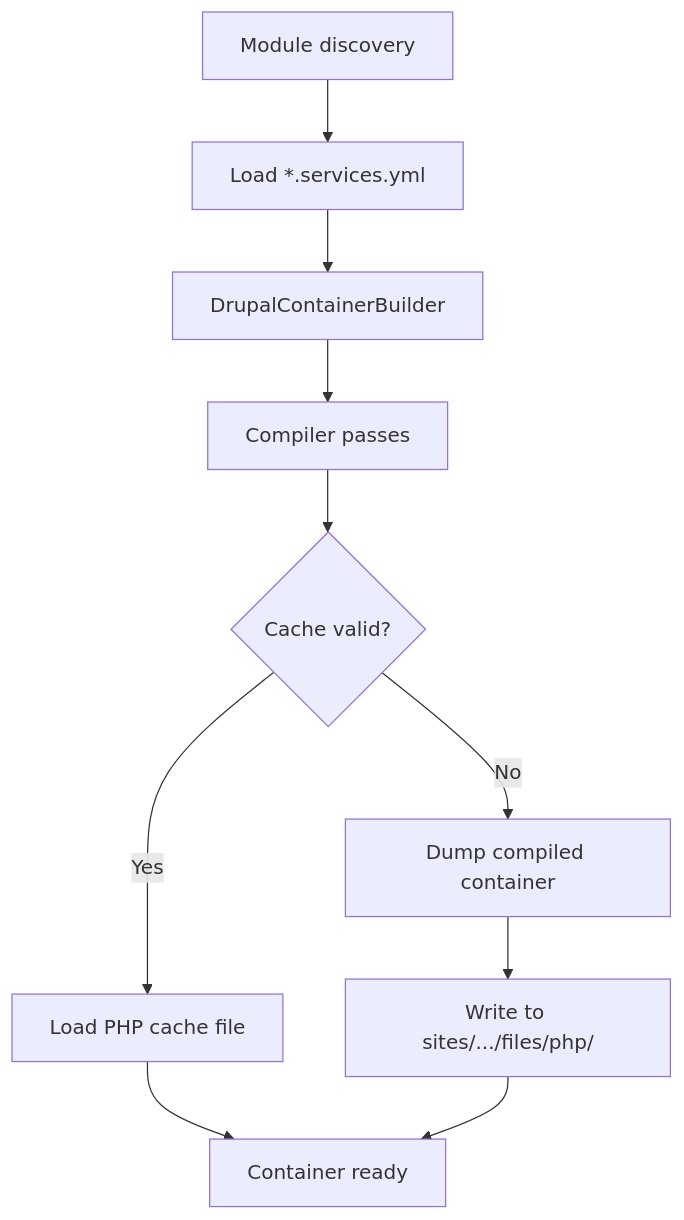
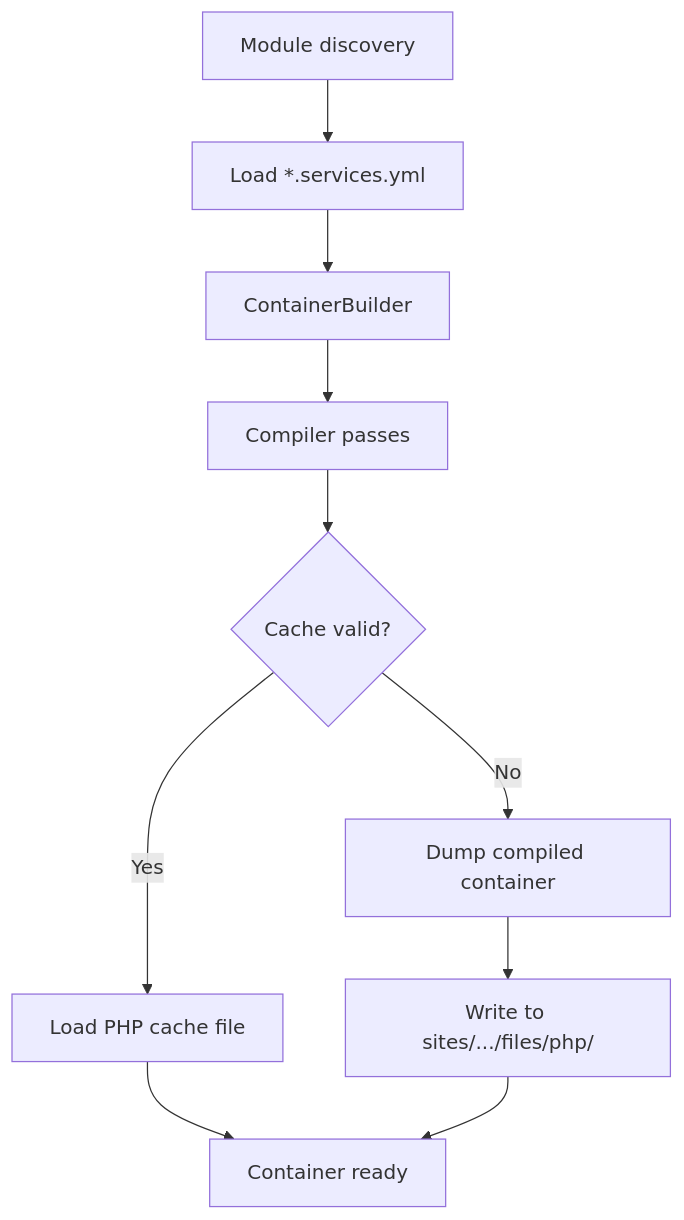
The diagram in docs/internals/service-container.md (amitmaity/drupal-docs), drawn with Mermaid before and after one commit. The commit also changed other lines of this file and 83 other files, not shown here.

````diff
--- a/docs/internals/service-container.md
+++ b/docs/internals/service-container.md
@@ -7,12 +7,12 @@
 ```mermaid
 flowchart TD
     A[Module discovery] --> B[Load *.services.yml]
-    B --> C[DrupalContainerBuilder]
+    B --> C[ContainerBuilder]
     C --> D[Compiler passes]
     D --> E{Cache valid?}
     E -->|Yes| F[Load PHP cache file]
     E -->|No| G[Dump compiled container]
     G --> H[Write to sites/.../files/php/]
     F --> I[Container ready]
     H --> I
 ```
````
